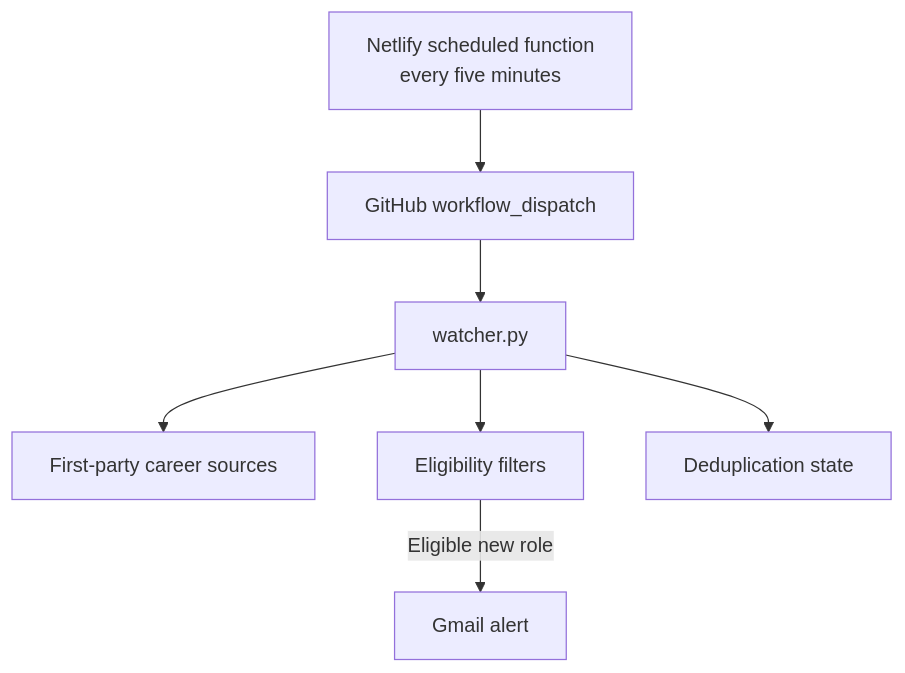
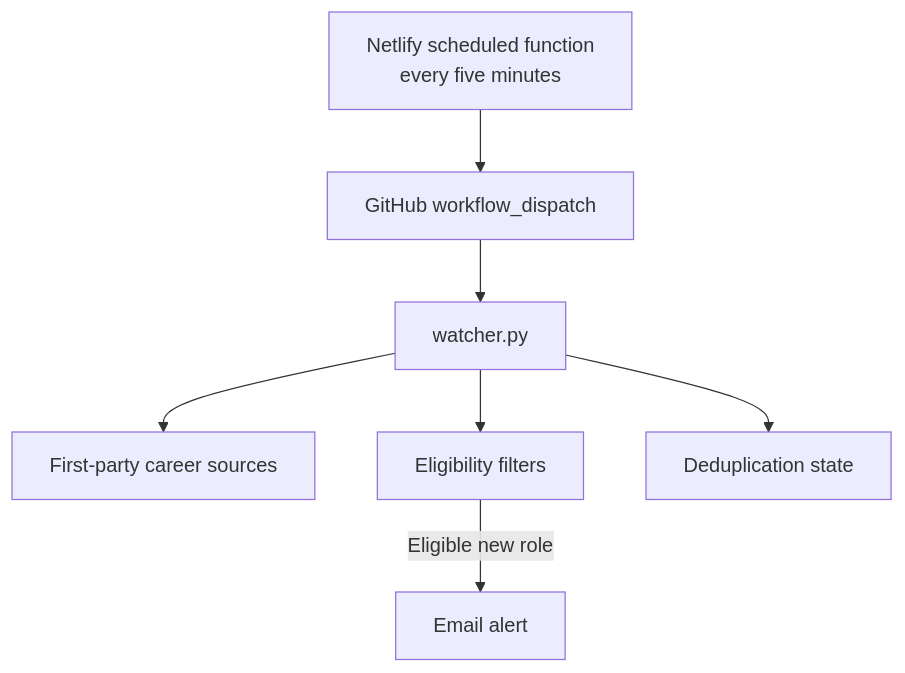
One commit to arunimshukla/ai-security-job-alert-agent changed the diagram in README.md. Above: the diagram before and after it, drawn with Mermaid. The commit also changed other lines of this file and 6 other files, not shown here.

````diff
--- a/README.md
+++ b/README.md
@@ -50,9 +52,9 @@
 ```mermaid
 flowchart TD
     A["Netlify scheduled function<br/>every five minutes"] --> B["GitHub workflow_dispatch"]
     B --> C["watcher.py"]
     C --> D["First-party career sources"]
     C --> E["Eligibility filters"]
-    E -->|"Eligible new role"| F["Gmail alert"]
+    E -->|"Eligible new role"| F["Email alert"]
     C --> G["Deduplication state"]
 ```
````
